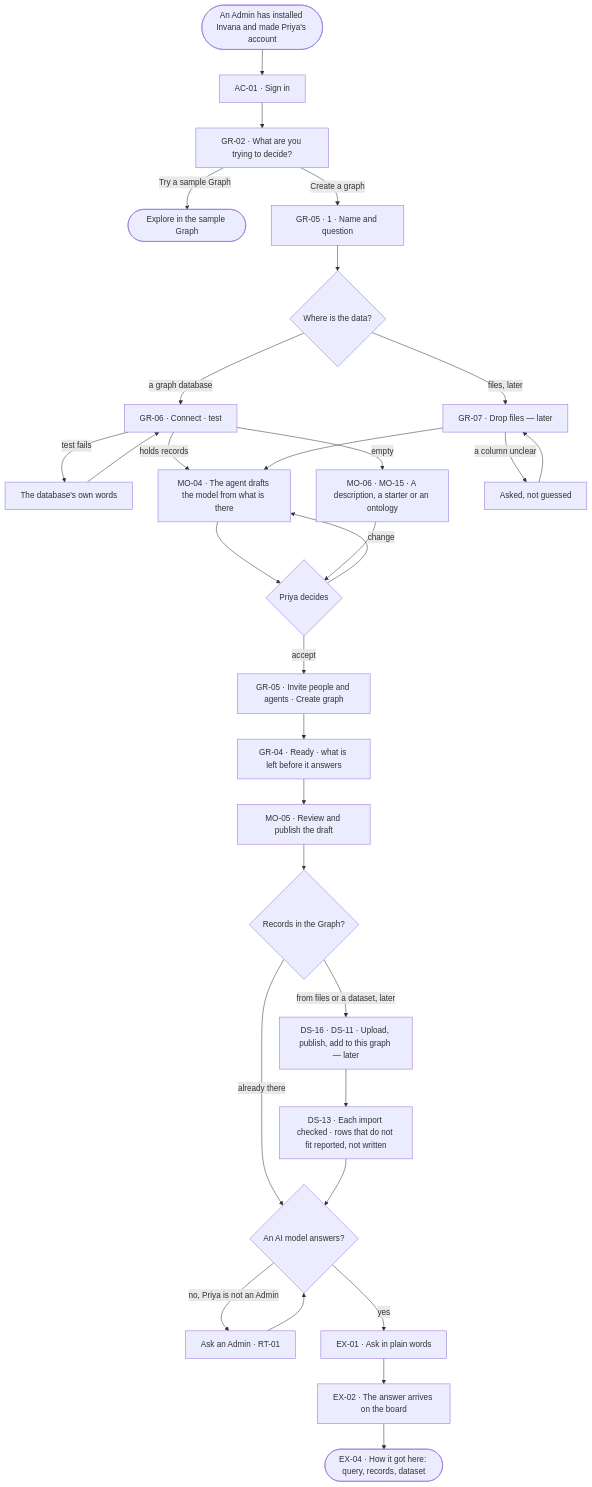
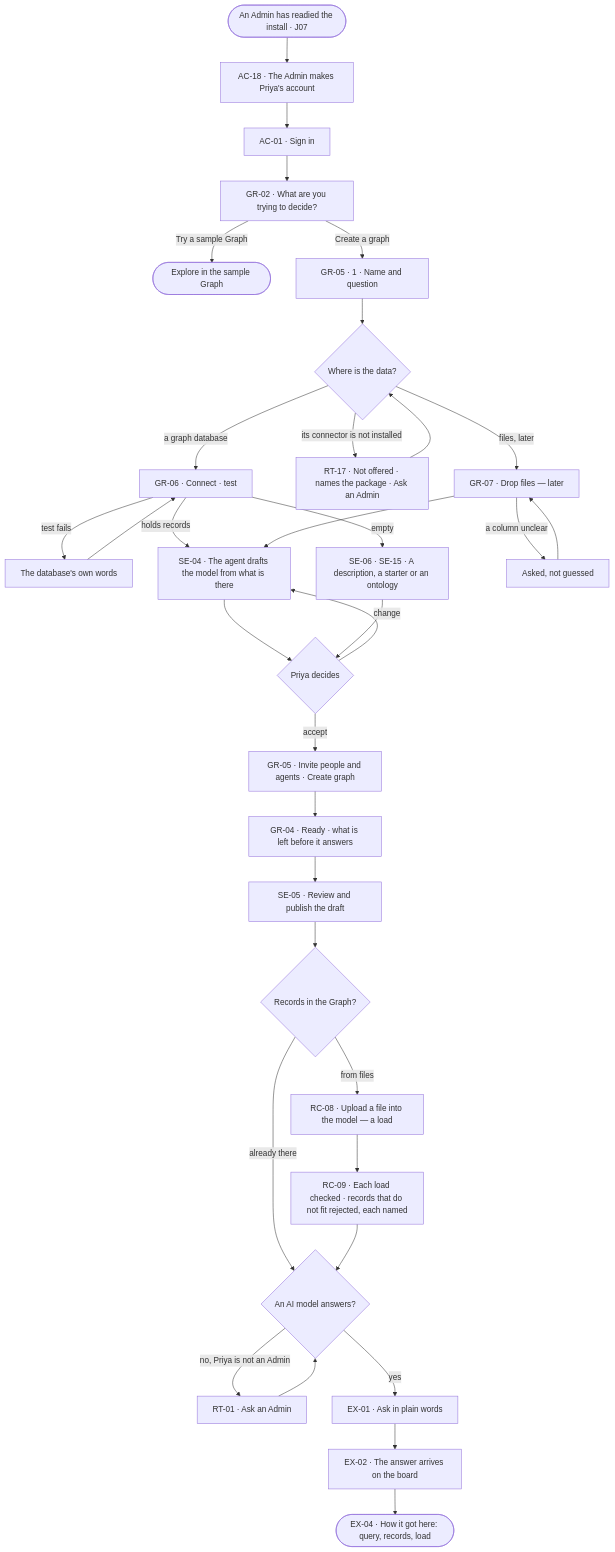
The diagram in specs/journeys/J01-from-an-empty-install-to-a-first-answer.md (invana/invana), drawn with Mermaid before and after one commit. The commit also changed other lines of this file and 637 other files, not shown here.

````diff
--- a/specs/journeys/J01-from-an-empty-install-to-a-first-answer.md
+++ b/specs/journeys/J01-from-an-empty-install-to-a-first-answer.md
@@ -16,30 +16,32 @@
 ```mermaid
 flowchart TD
-  A([An Admin has installed Invana and made Priya's account]) --> B["AC-01 · Sign in"]
+  A([An Admin has readied the install · J07]) --> A1["AC-18 · The Admin makes Priya's account"]
+  A1 --> B["AC-01 · Sign in"]
   B --> C["GR-02 · What are you trying to decide?"]
   C -->|Try a sample Graph| SG(["Explore in the sample Graph"])
   C -->|Create a graph| D["GR-05 · 1 · Name and question"]
   D --> E{"Where is the data?"}
   E -->|a graph database| F["GR-06 · Connect · test"]
+  E -->|its connector is not installed| F2["RT-17 · Not offered · names the package · Ask an Admin"] --> E
   E -->|files, later| G["GR-07 · Drop files — later"]
   F -->|test fails| F1["The database's own words"] --> F
-  F -->|holds records| H["MO-04 · The agent drafts the model from what is there"]
-  F -->|empty| H2["MO-06 · MO-15 · A description, a starter or an ontology"]
+  F -->|holds records| H["SE-04 · The agent drafts the model from what is there"]
+  F -->|empty| H2["SE-06 · SE-15 · A description, a starter or an ontology"]
   G -->|a column unclear| G1["Asked, not guessed"] --> G
   G --> H
   H --> I{"Priya decides"}
   H2 --> I
   I -->|change| H
   I -->|accept| J["GR-05 · Invite people and agents · Create graph"]
   J --> K["GR-04 · Ready · what is left before it answers"]
-  K --> L["MO-05 · Review and publish the draft"]
+  K --> L["SE-05 · Review and publish the draft"]
   L --> M{"Records in the Graph?"}
   M -->|already there| N
-  M -->|from files or a dataset, later| M1["DS-16 · DS-11 · Upload, publish, add to this graph — later"]
-  M1 --> M2["DS-13 · Each import checked · rows that do not fit reported, not written"]
+  M -->|from files| M1["RC-08 · Upload a file into the model — a load"]
+  M1 --> M2["RC-09 · Each load checked · records that do not fit rejected, each named"]
   M2 --> N{"An AI model answers?"}
-  N -->|no, Priya is not an Admin| N1["Ask an Admin · RT-01"] --> N
+  N -->|no, Priya is not an Admin| N1["RT-01 · Ask an Admin"] --> N
   N -->|yes| O["EX-01 · Ask in plain words"]
   O --> P["EX-02 · The answer arrives on the board"]
-  P --> Q(["EX-04 · How it got here: query, records, dataset"])
+  P --> Q(["EX-04 · How it got here: query, records, load"])
 ```
````
